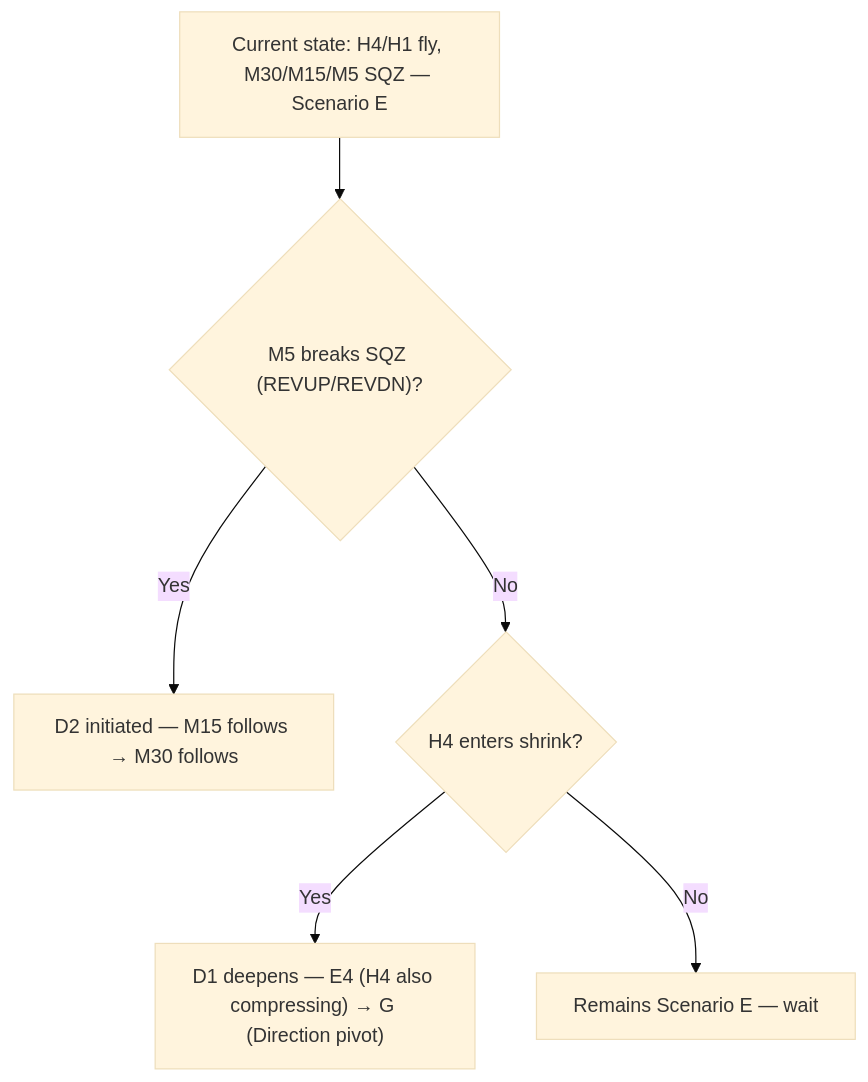
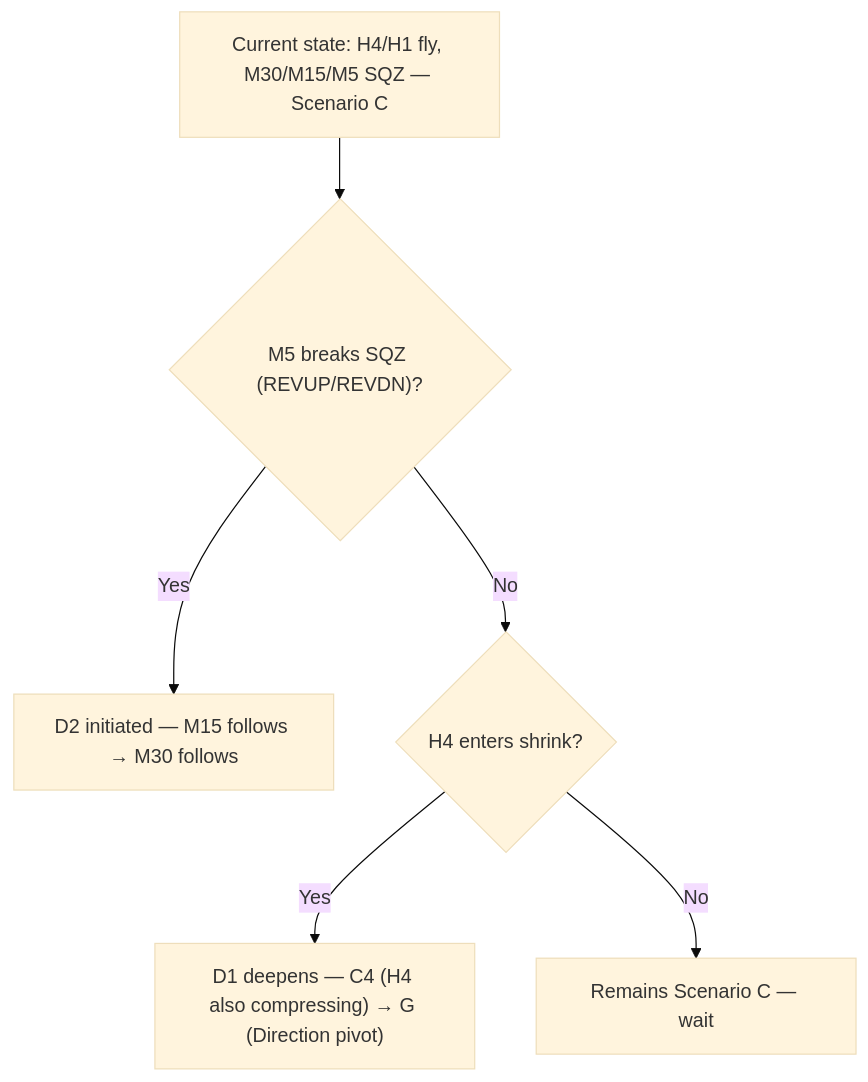
The tenth of 12 diagrams in references/IMAGE_ANALYSIS.md (Terrypang89/BB_MTF_M15_STRATEGY), drawn with Mermaid (base theme) before and after one commit. The commit also changed other lines of this file and 12 other files, not shown here.

````diff
--- a/references/IMAGE_ANALYSIS.md
+++ b/references/IMAGE_ANALYSIS.md
@@ -753,9 +753,9 @@
 ```mermaid
 flowchart TD
-    A["Current state: H4/H1 fly, M30/M15/M5 SQZ — Scenario E"]
+    A["Current state: H4/H1 fly, M30/M15/M5 SQZ — Scenario C"]
     A --> B{"M5 breaks SQZ (REVUP/REVDN)?"}
     B -->|Yes| C["D2 initiated — M15 follows → M30 follows"]
     B -->|No| D{"H4 enters shrink?"}
-    D -->|Yes| E["D1 deepens — E4 (H4 also compressing) → G (Direction pivot)"]
-    D -->|No| F["Remains Scenario E — wait"]
+    D -->|Yes| E["D1 deepens — C4 (H4 also compressing) → G (Direction pivot)"]
+    D -->|No| F["Remains Scenario C — wait"]
 ```
````
